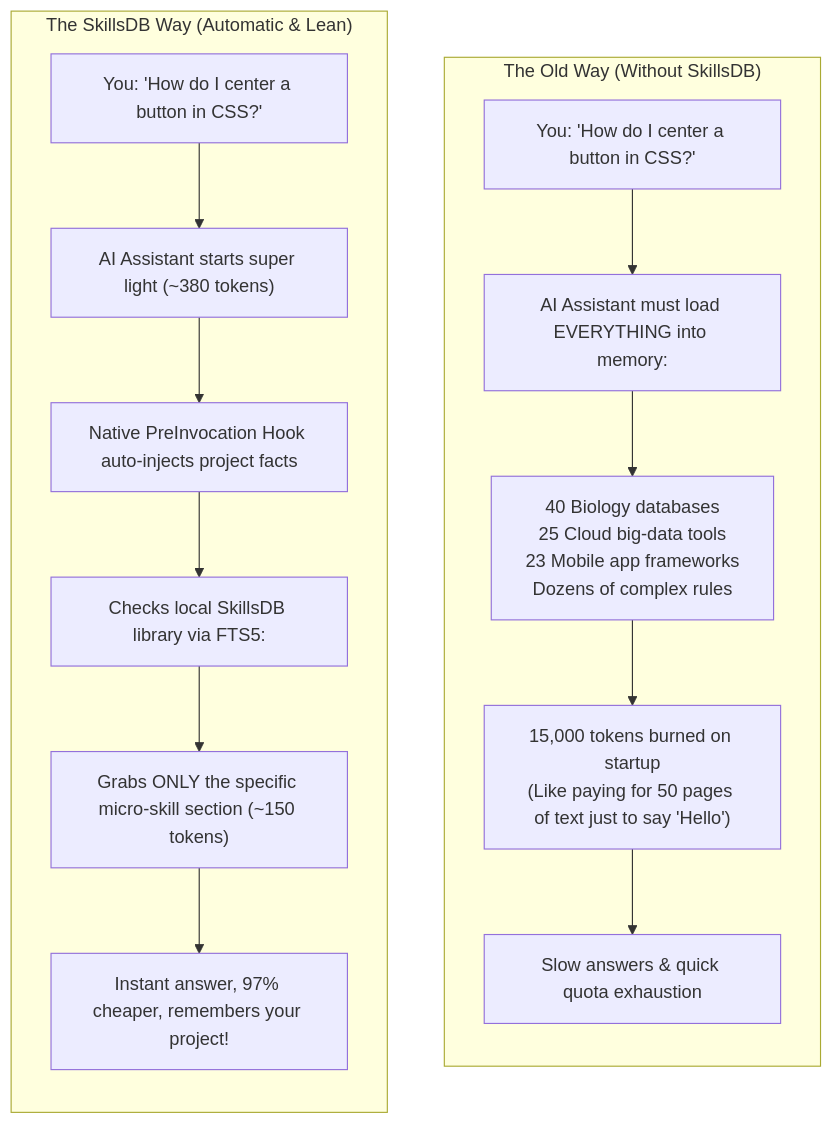
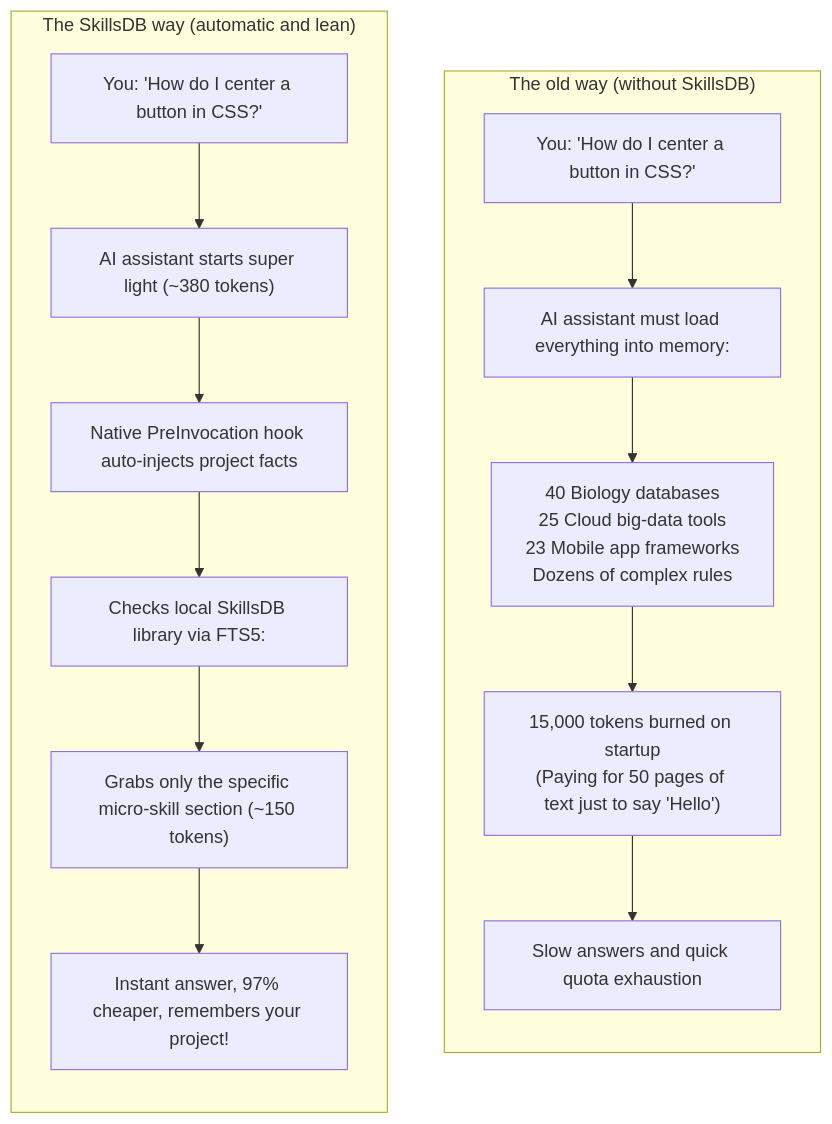
Before and after one commit to scorpion421/skillsdb: the first of 2 diagrams in README.md, drawn with Mermaid. The commit also changed other lines of this file, not shown here.

````diff
--- a/README.md
+++ b/README.md
@@ -32,19 +30,19 @@
 ```mermaid
 flowchart TD
-    subgraph OldWay ["The Old Way (Without SkillsDB)"]
+    subgraph OldWay ["The old way (without SkillsDB)"]
         direction TB
-        Q1["You: 'How do I center a button in CSS?'"] --> Step1["AI Assistant must load EVERYTHING into memory:"]
+        Q1["You: 'How do I center a button in CSS?'"] --> Step1["AI assistant must load everything into memory:"]
         Step1 --> Books["40 Biology databases\n25 Cloud big-data tools\n23 Mobile app frameworks\nDozens of complex rules"]
-        Books --> Burn["15,000 tokens burned on startup\n(Like paying for 50 pages of text just to say 'Hello')"]
-        Burn --> Slow["Slow answers & quick quota exhaustion"]
+        Books --> Burn["15,000 tokens burned on startup\n(Paying for 50 pages of text just to say 'Hello')"]
+        Burn --> Slow["Slow answers and quick quota exhaustion"]
     end
 
-    subgraph NewWay ["The SkillsDB Way (Automatic & Lean)"]
+    subgraph NewWay ["The SkillsDB way (automatic and lean)"]
         direction TB
-        Q2["You: 'How do I center a button in CSS?'"] --> Step2["AI Assistant starts super light (~380 tokens)"]
-        Step2 --> Hook["Native PreInvocation Hook auto-injects project facts"]
+        Q2["You: 'How do I center a button in CSS?'"] --> Step2["AI assistant starts super light (~380 tokens)"]
+        Step2 --> Hook["Native PreInvocation hook auto-injects project facts"]
         Hook --> Search["Checks local SkillsDB library via FTS5:"]
-        Search --> Micro["Grabs ONLY the specific micro-skill section (~150 tokens)"]
+        Search --> Micro["Grabs only the specific micro-skill section (~150 tokens)"]
         Micro --> Fast["Instant answer, 97% cheaper, remembers your project!"]
     end
 ```
````
